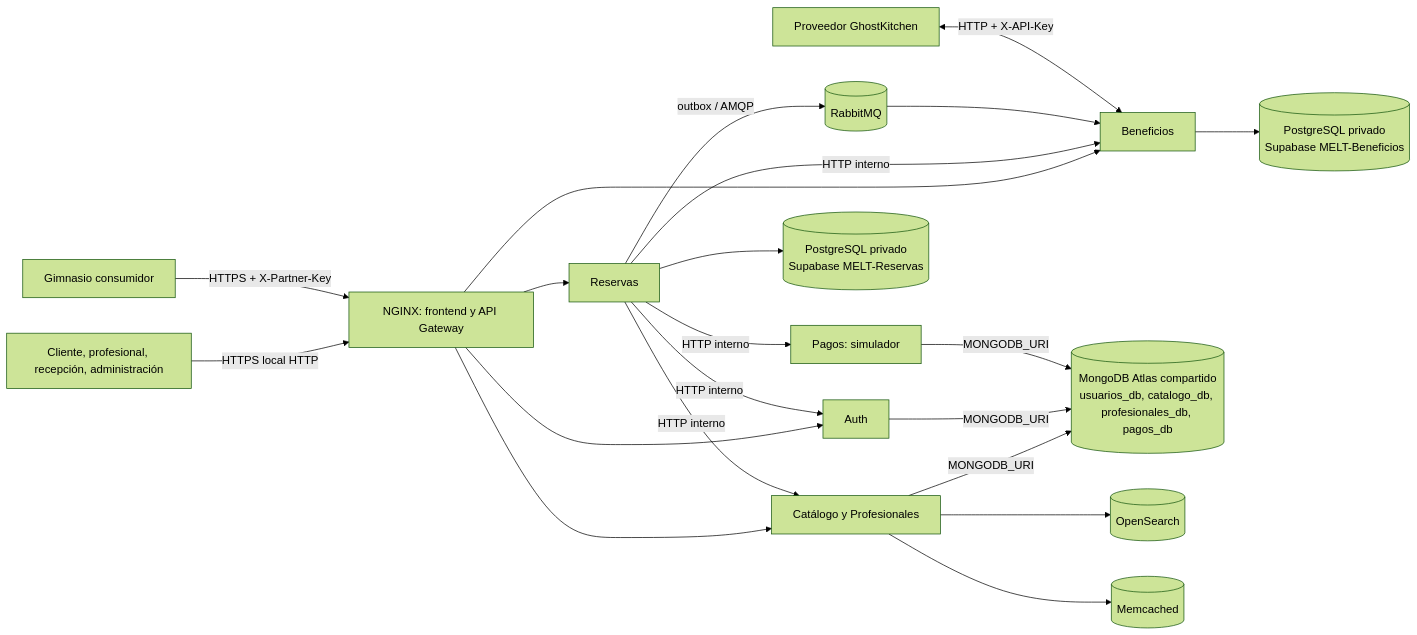
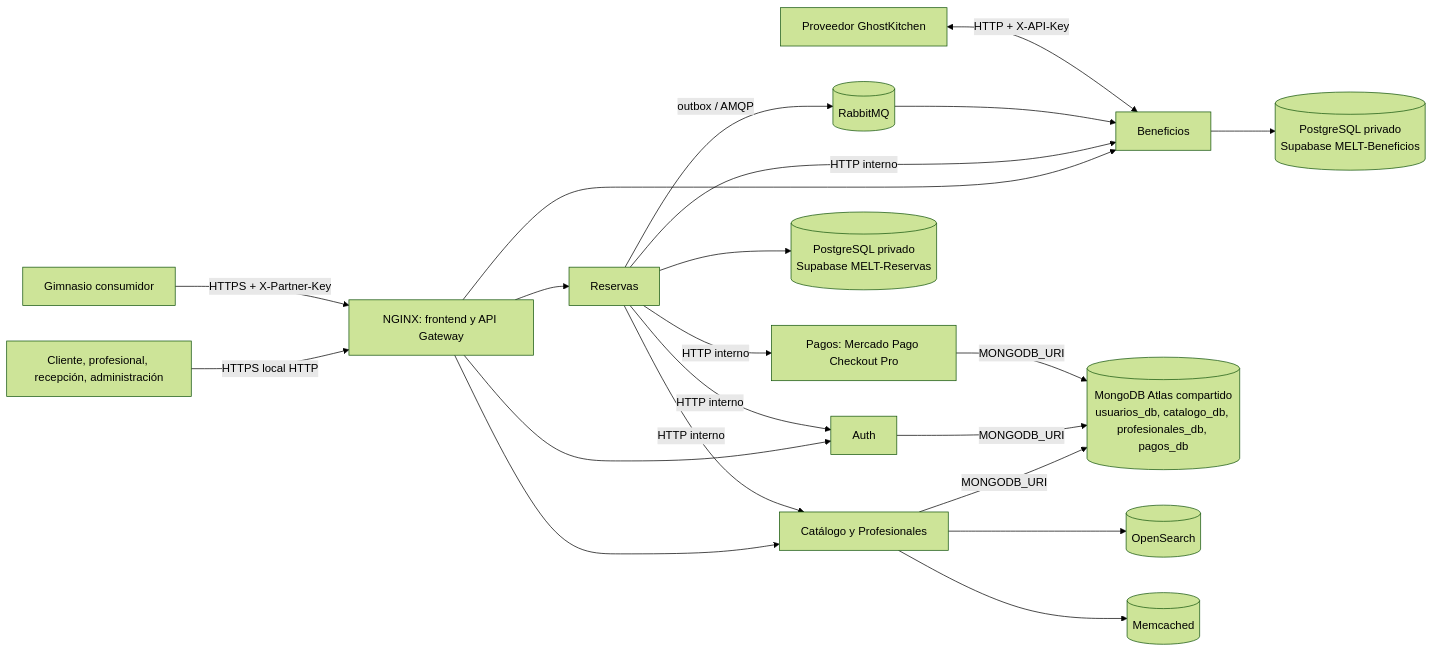
One commit to annagarebertoo/MELT changed the first of 3 diagrams in docs/ARCHITECTURE.md. Above: the diagram before and after it, drawn with Mermaid (forest theme). The commit also changed other lines of this file and 31 other files, not shown here.

Commit message:
Integrate Mercado Pago test checkout

````diff
--- a/docs/ARCHITECTURE.md
+++ b/docs/ARCHITECTURE.md
@@ -7,23 +7,23 @@
 ```mermaid
 flowchart LR
   U[Cliente, profesional, recepción, administración] -->|HTTPS local HTTP| G[NGINX: frontend y API Gateway]
   G --> A[Auth]
   G --> C[Catálogo y Profesionales]
   G --> R[Reservas]
   G --> B[Beneficios]
   R -->|HTTP interno| C
   R -->|HTTP interno| A
-  R -->|HTTP interno| P[Pagos: simulador]
+  R -->|HTTP interno| P[Pagos: Mercado Pago Checkout Pro]
   R -->|HTTP interno| B
   R -->|outbox / AMQP| Q[(RabbitMQ)]
   Q --> B
   C -->|MONGODB_URI| M[(MongoDB Atlas compartido<br/>usuarios_db, catalogo_db, profesionales_db, pagos_db)]
   A -->|MONGODB_URI| M
   P -->|MONGODB_URI| M
   R --> RDB[(PostgreSQL privado<br/>Supabase MELT-Reservas)]
   B --> BDB[(PostgreSQL privado<br/>Supabase MELT-Beneficios)]
   C --> O[(OpenSearch)]
   C --> K[(Memcached)]
   J[Proveedor GhostKitchen] <-->|HTTP + X-API-Key| B
   X[Gimnasio consumidor] -->|HTTPS + X-Partner-Key| G
 ```
````
